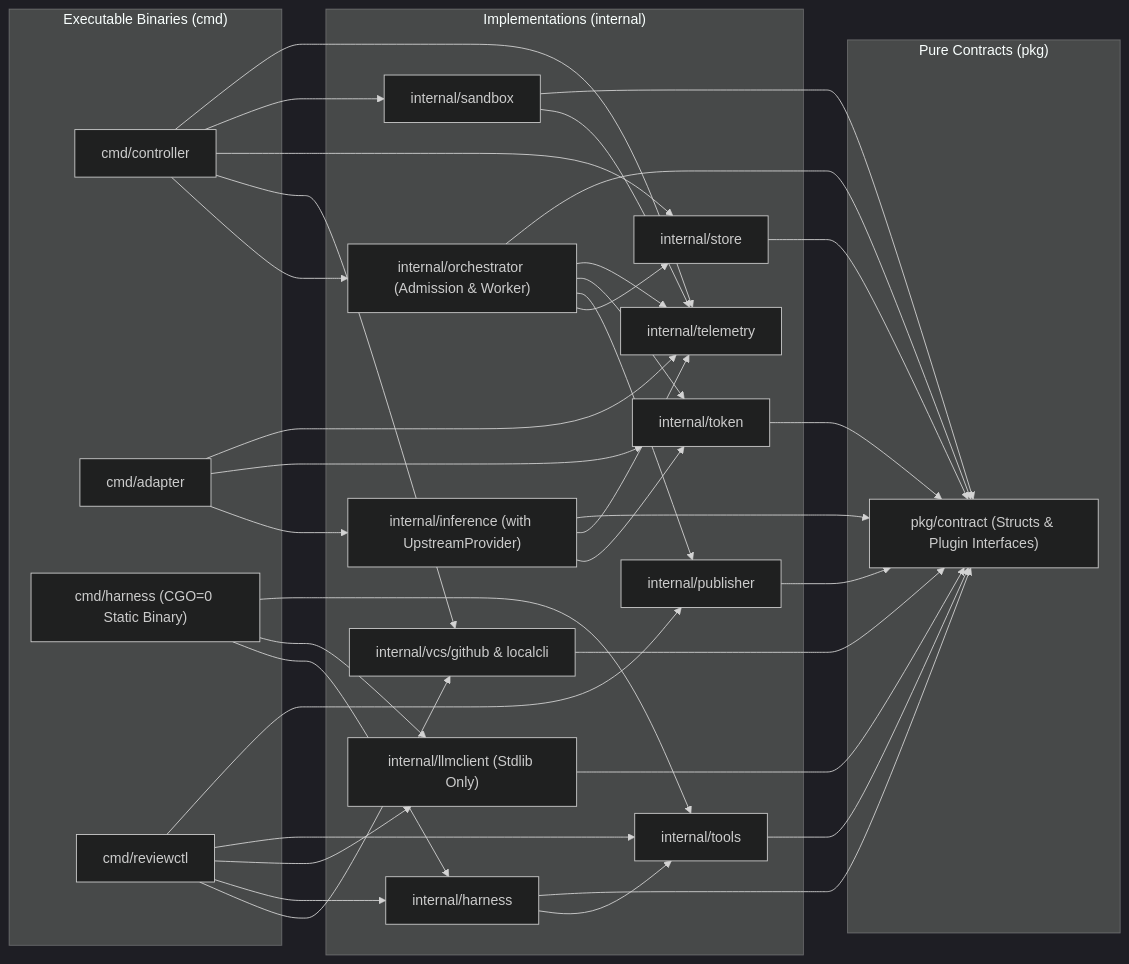
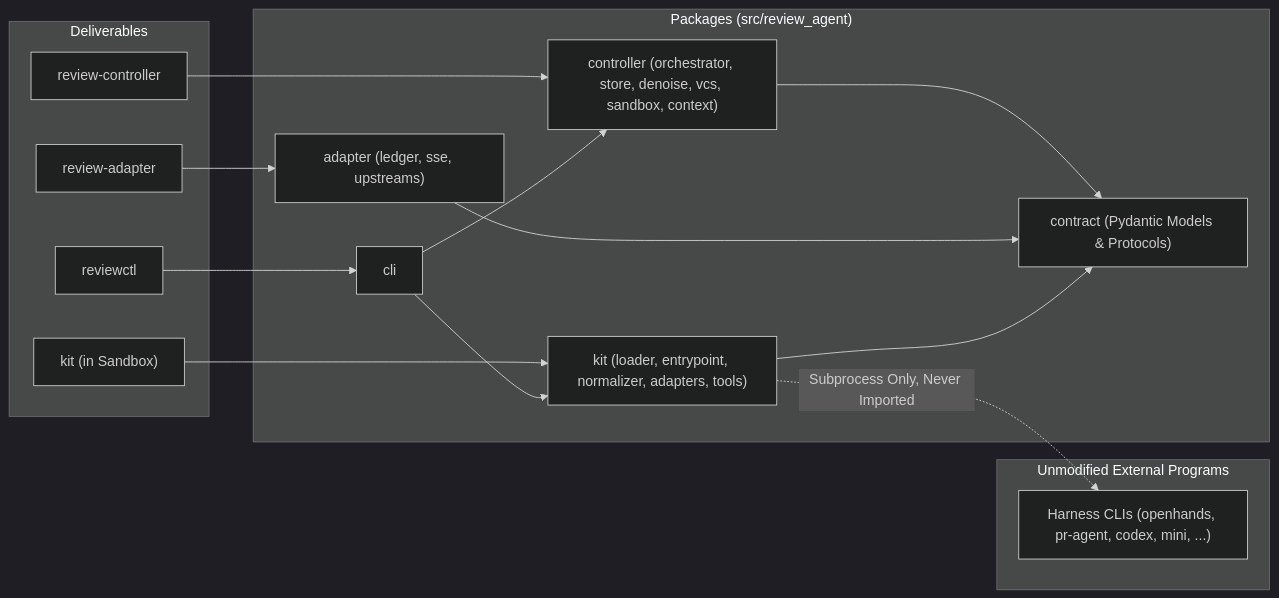
The first of 7 diagrams in docs/design/implementation-plan.md (zetxqx/review-agent-infra), drawn with Mermaid (dark theme) before and after one commit. The commit also changed other lines of this file and 7 other files, not shown here.

Commit message:
Redesign the platform as a Python stack with pluggable adapters around existing agent harnesses and a streaming inference adapter.

````diff
--- a/docs/design/implementation-plan.md
+++ b/docs/design/implementation-plan.md
@@ -47,69 +60,33 @@
 ```mermaid
 flowchart LR
-    subgraph SG_CMD ["Executable Binaries (cmd)"]
-        C_Ctrl["cmd/controller"]
-        C_Adapt["cmd/adapter"]
-        C_Harn["cmd/harness (CGO=0 Static Binary)"]
-        C_CLI["cmd/reviewctl"]
+    subgraph SG_BIN ["Deliverables"]
+        Ctrl["review-controller"]
+        Adapt["review-adapter"]
+        Kit["kit (in Sandbox)"]
+        CLI["reviewctl"]
     end
 
-    subgraph SG_CORE ["Implementations (internal)"]
-        Orch["internal/orchestrator (Admission & Worker)"]
-        VCS["internal/vcs/github & localcli"]
-        Store["internal/store"]
-        Sand["internal/sandbox"]
-        Pub["internal/publisher"]
-        Infer["internal/inference (with UpstreamProvider)"]
-        Harn["internal/harness"]
-        LLM["internal/llmclient (Stdlib Only)"]
-        Tools["internal/tools"]
-        Tok["internal/token"]
-        Tel["internal/telemetry"]
+    subgraph SG_PKG ["Packages (src/review_agent)"]
+        PCtrl["controller (orchestrator, store, denoise, vcs, sandbox, context)"]
+        PAdapt["adapter (ledger, sse, upstreams)"]
+        PKit["kit (loader, entrypoint, normalizer, adapters, tools)"]
+        PCli["cli"]
+        Contract["contract (Pydantic Models & Protocols)"]
     end
 
-    subgraph SG_API ["Pure Contracts (pkg)"]
-        Contract["pkg/contract (Structs & Plugin Interfaces)"]
+    subgraph SG_EXT ["Unmodified External Programs"]
+        Harness["Harness CLIs (openhands, pr-agent, codex, mini, ...)"]
     end
 
-    C_Ctrl --> Orch
-    C_Ctrl --> VCS
-    C_Ctrl --> Store
-    C_Ctrl --> Sand
-    C_Ctrl --> Tel
+    Ctrl --> PCtrl
+    Adapt --> PAdapt
+    Kit --> PKit
+    CLI --> PCli
 
-    C_Adapt --> Infer
-    C_Adapt --> Tok
-    C_Adapt --> Tel
-
-    C_Harn --> Harn
-    C_Harn --> LLM
-    C_Harn --> Tools
-
-    C_CLI --> VCS
-    C_CLI --> Harn
-    C_CLI --> LLM
-    C_CLI --> Tools
-    C_CLI --> Pub
-
-    Orch --> Store
-    Orch --> Pub
-    Orch --> Tok
-    Orch --> Tel
-    Orch --> Contract
-
-    Sand --> Tel
-    Sand --> Contract
-
-    Infer --> Tok
-    Infer --> Tel
-    Infer --> Contract
-
-    Harn --> Tools
-    Harn --> Contract
-    LLM --> Contract
-    Tools --> Contract
-    VCS --> Contract
-    Store --> Contract
-    Pub --> Contract
-    Tok --> Contract
+    PCli --> PCtrl
+    PCli --> PKit
+    PCtrl --> Contract
+    PAdapt --> Contract
+    PKit --> Contract
+    PKit -.->|"Subprocess Only, Never Imported"| Harness
 ```
````
